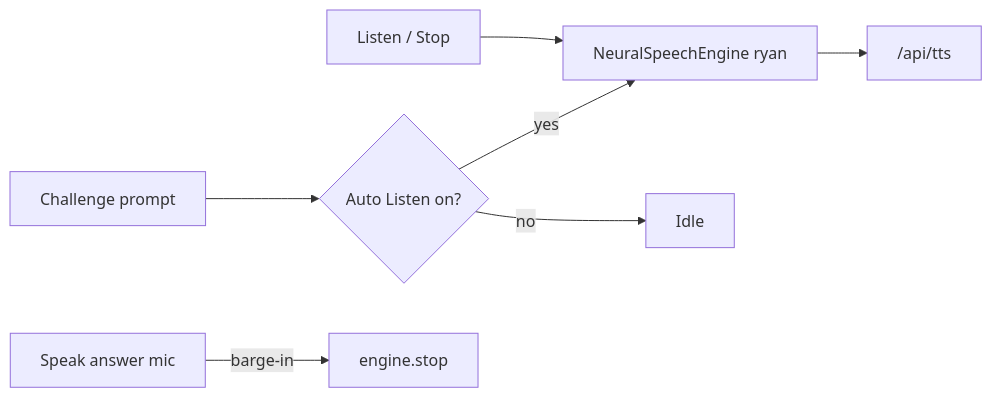
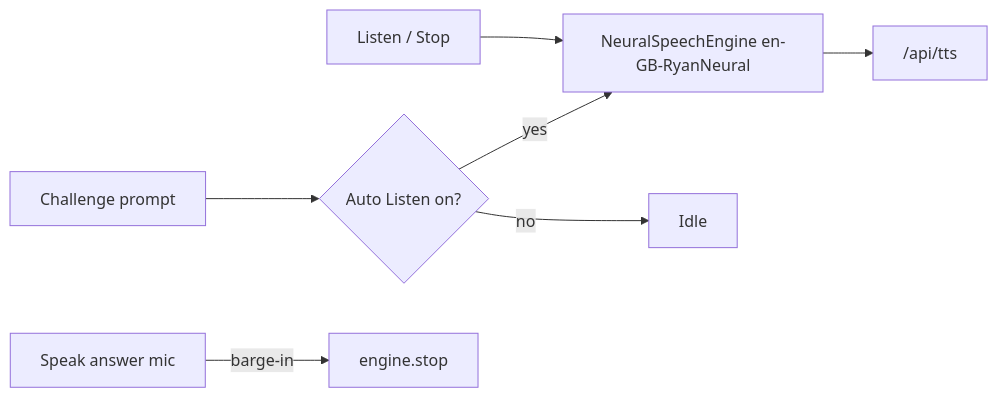
One commit to zilinli/ryan_learning changed the diagram in docs/subsystems/ted-challenge-prompt-listen.md. Above: the diagram before and after it, drawn with Mermaid. The commit also changed other lines of this file and 6 other files, not shown here.

````diff
--- a/docs/subsystems/ted-challenge-prompt-listen.md
+++ b/docs/subsystems/ted-challenge-prompt-listen.md
@@ -27,9 +29,9 @@
 ```mermaid
 flowchart LR
   Q[Challenge prompt] --> Auto{Auto Listen on?}
-  Auto -->|yes| Eng[NeuralSpeechEngine ryan]
+  Auto -->|yes| Eng["NeuralSpeechEngine en-GB-RyanNeural"]
   Auto -->|no| Idle[Idle]
   Btn[Listen / Stop] --> Eng
   Mic[Speak answer mic] -->|barge-in| Stop[engine.stop]
   Eng --> API["/api/tts"]
 ```
````
